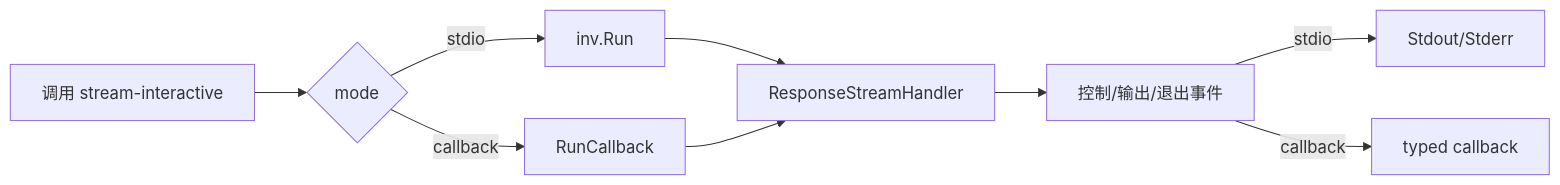
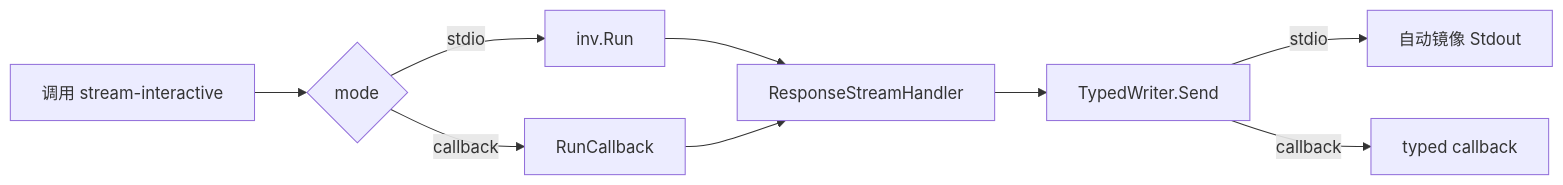
The diagram in example/stream-interactive/README.md (pubgo/redant), drawn with Mermaid before and after one commit. The commit also changed other lines of this file and 3 other files, not shown here.

````diff
--- a/example/stream-interactive/README.md
+++ b/example/stream-interactive/README.md
@@ -14,11 +12,11 @@
 ```mermaid
 flowchart LR
     A[调用 stream-interactive] --> B{mode}
     B -- stdio --> C[inv.Run]
     B -- callback --> D[RunCallback]
     C --> E[ResponseStreamHandler]
     D --> E
-    E --> F[控制/输出/退出事件]
-    F -- stdio --> G[Stdout/Stderr]
+    E --> F[TypedWriter.Send]
+    F -- stdio --> G[自动镜像 Stdout]
     F -- callback --> H[typed callback]
 ```
````
